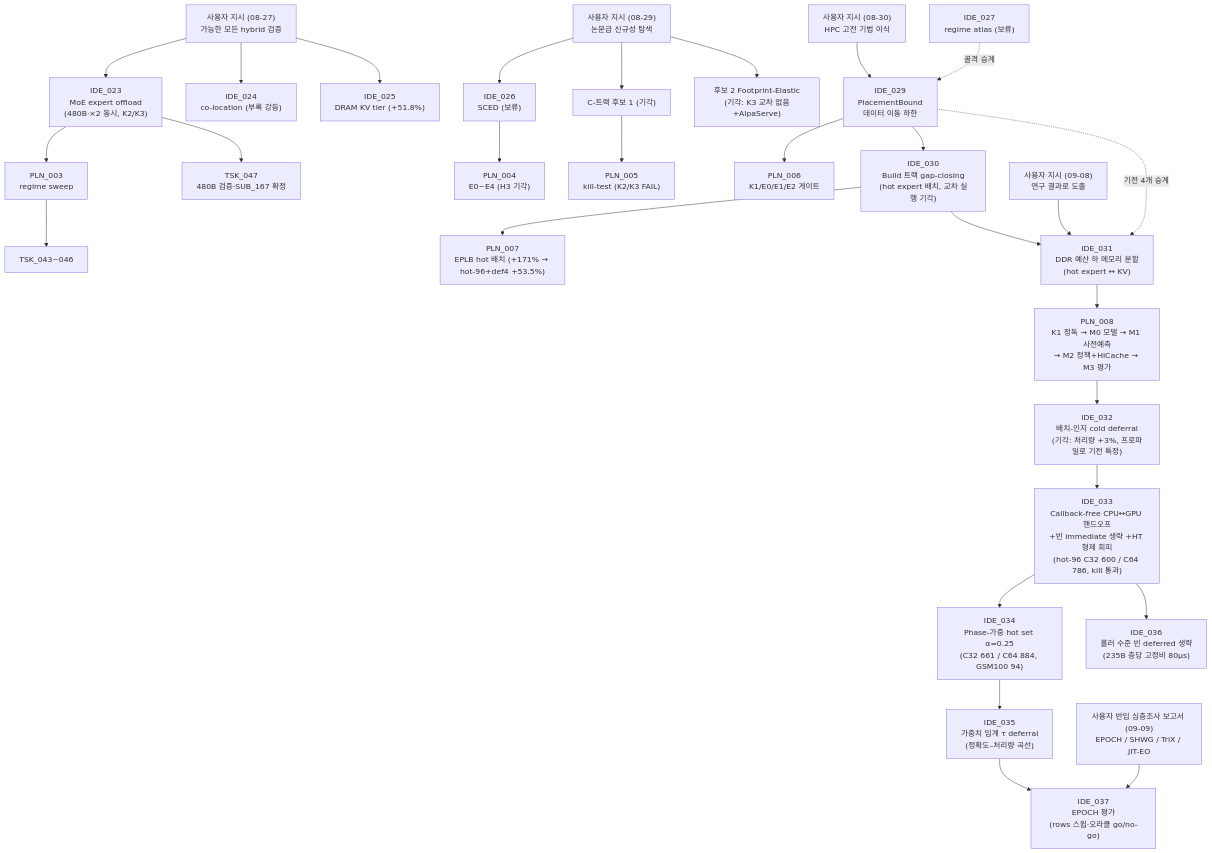
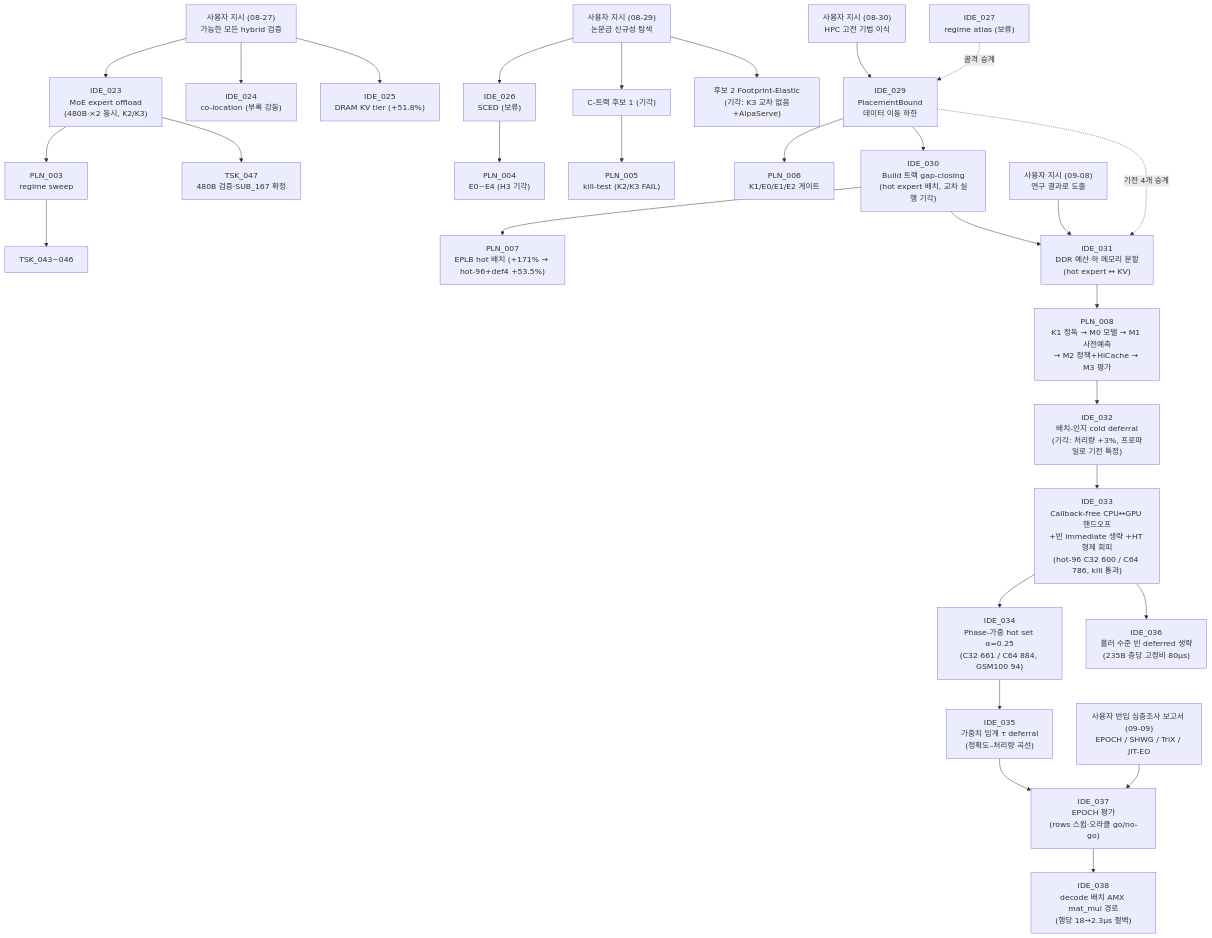
Before and after one commit to mystous/vllm_hybrid: the second of 2 diagrams in shadow_assists/README.md, drawn with Mermaid. The commit also changed 12 other files, not shown here.

First line of the commit message:
eval(IDE_037 EPOCH 1단계): 오라클 no-go (고정 동시성), rows 절벽 80→81 발견 (vec_mul→mat_mul); IDE_038 발급·사전 등록

````diff
--- a/shadow_assists/README.md
+++ b/shadow_assists/README.md
@@ -270,30 +270,31 @@
 ```mermaid
 graph TD
     U27["사용자 지시 (08-27)<br/>가능한 모든 hybrid 검증"] --> IDE_023["IDE_023<br/>MoE expert offload<br/>(480B·×2 동시, K2/K3)"]
     U27 --> IDE_024["IDE_024<br/>co-location (부록 강등)"]
     U27 --> IDE_025["IDE_025<br/>DRAM KV tier (+51.8%)"]
     IDE_023 --> PLN_003["PLN_003<br/>regime sweep"]
     PLN_003 --> TSK_043["TSK_043~046"]
     IDE_023 --> TSK_047["TSK_047<br/>480B 검증·SUB_167 확정"]
     UN["사용자 지시 (08-29)<br/>논문급 신규성 탐색"] --> IDE_026["IDE_026<br/>SCED (보류)"]
     IDE_026 --> PLN_004["PLN_004<br/>E0~E4 (H3 기각)"]
     UN --> C1["C-트랙 후보 1 (기각)"]
     C1 --> PLN_005["PLN_005<br/>kill-test (K2/K3 FAIL)"]
     UN --> FP["후보 2 Footprint-Elastic<br/>(기각: K3 교차 없음+AlpaServe)"]
     UH["사용자 지시 (08-30)<br/>HPC 고전 기법 이식"] --> IDE_029["IDE_029<br/>PlacementBound<br/>데이터 이동 하한"]
     IDE_027["IDE_027<br/>regime atlas (보류)"] -.골격 승계.-> IDE_029
     IDE_029 --> PLN_006["PLN_006<br/>K1/E0/E1/E2 게이트"]
     IDE_029 --> IDE_030["IDE_030<br/>Build 트랙 gap-closing<br/>(hot expert 배치, 교차 실행 기각)"]
     IDE_030 --> PLN_007["PLN_007<br/>EPLB hot 배치 (+171% → hot-96+def4 +53.5%)"]
     UP["사용자 지시 (09-08)<br/>연구 결과로 도출"] --> IDE_031["IDE_031<br/>DDR 예산 하 메모리 분할<br/>(hot expert ↔ KV)"]
     IDE_030 --> IDE_031
     IDE_029 -.기전 4개 승계.-> IDE_031
     IDE_031 --> PLN_008["PLN_008<br/>K1 정독 → M0 모델 → M1 사전예측<br/>→ M2 정책+HiCache → M3 평가"]
     PLN_008 --> IDE_032["IDE_032<br/>배치-인지 cold deferral<br/>(기각: 처리량 +3%, 프로파일로 기전 특정)"]
     IDE_032 --> IDE_033["IDE_033<br/>Callback-free CPU↔GPU 핸드오프<br/>+빈 immediate 생략 +HT 형제 회피<br/>(hot-96 C32 600 / C64 786, kill 통과)"]
     IDE_033 --> IDE_034["IDE_034<br/>Phase-가중 hot set α=0.25<br/>(C32 661 / C64 884, GSM100 94)"]
     IDE_034 --> IDE_035["IDE_035<br/>가중치 임계 τ deferral<br/>(정확도–처리량 곡선)"]
     IDE_033 --> IDE_036["IDE_036<br/>폴러 수준 빈 deferred 생략<br/>(235B 층당 고정비 80µs)"]
     UP2["사용자 반입 심층조사 보고서 (09-09)<br/>EPOCH / SHWG / TriX / JIT-EO"] --> IDE_037["IDE_037<br/>EPOCH 평가<br/>(rows 스윕·오라클 go/no-go)"]
     IDE_035 --> IDE_037
+    IDE_037 --> IDE_038["IDE_038<br/>decode 배치 AMX mat_mul 경로<br/>(행당 18→2.3µs 절벽)"]
 ```
````
